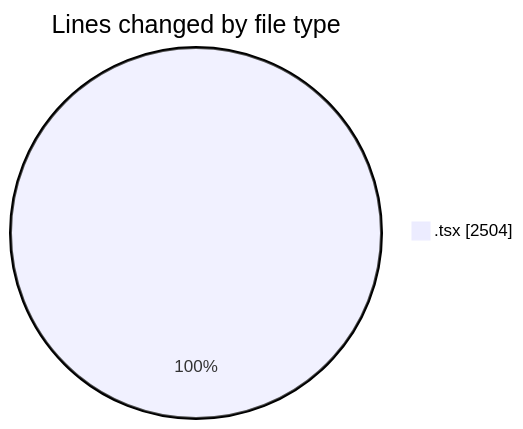
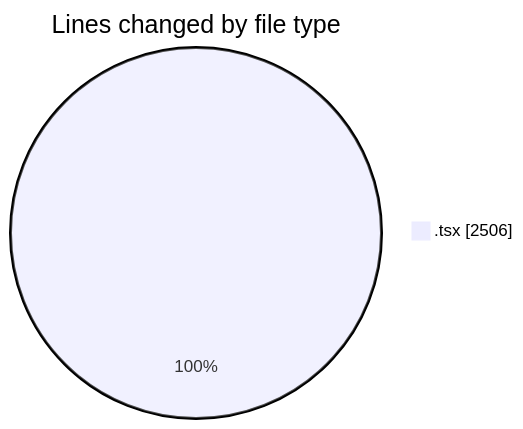
The first of 2 diagrams in 2025-09-23/cda/README.md (momahboobian/code-tracking), drawn with Mermaid before and after one commit. The commit also changed other lines of this file and 1 other file, not shown here.

````diff
--- a/2025-09-23/cda/README.md
+++ b/2025-09-23/cda/README.md
@@ -22,5 +22,5 @@
 ```mermaid
 pie showData
 title Lines changed by file type
-".tsx" : 2504
+".tsx" : 2506
 ```
````
